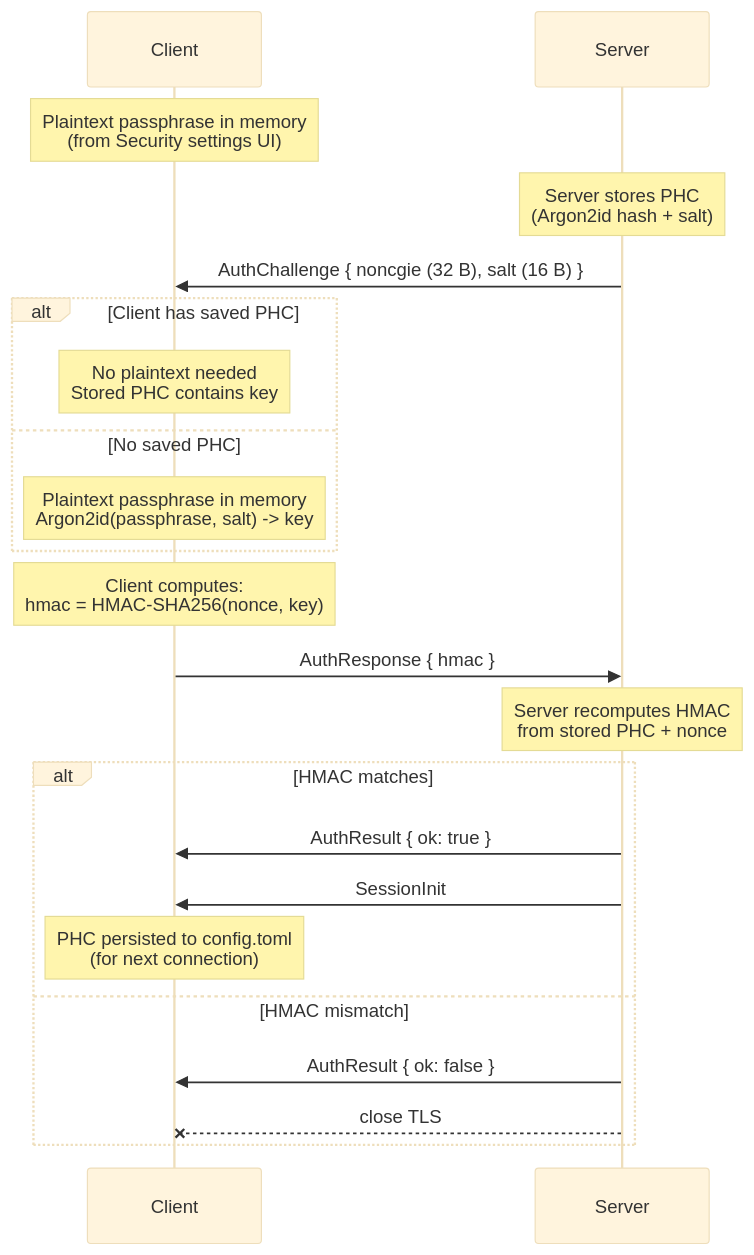
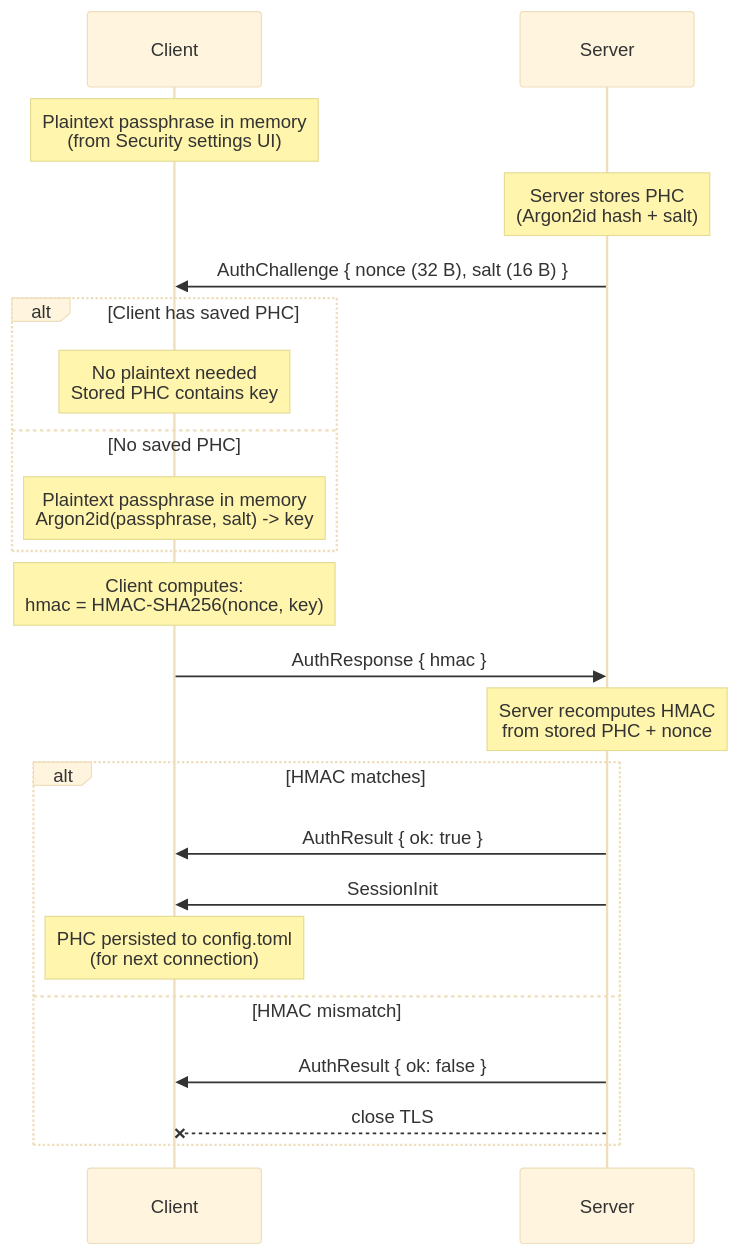
One commit to xfoa/Spud changed diagram 12 of 19 in docs/protocol.md. Above: the diagram before and after it, drawn with Mermaid (base theme). The commit also changed other lines of this file and 3 other files, not shown here.

````diff
--- a/docs/protocol.md
+++ b/docs/protocol.md
@@ -172,32 +172,32 @@
 ```mermaid
 sequenceDiagram
     participant C as Client
     participant S as Server
 
     Note over C: Plaintext passphrase in memory<br/>(from Security settings UI)
 
     Note over S: Server stores PHC<br/>(Argon2id hash + salt)
 
-    S->>C: AuthChallenge { noncgie (32 B), salt (16 B) }
+    S->>C: AuthChallenge { nonce (32 B), salt (16 B) }
 
     alt Client has saved PHC
         Note over C: No plaintext needed<br/>Stored PHC contains key
     else No saved PHC
         Note over C: Plaintext passphrase in memory<br/>Argon2id(passphrase, salt) -> key
     end
 
     Note over C: Client computes:<br/>hmac = HMAC-SHA256(nonce, key)
 
     C->>S: AuthResponse { hmac }
 
     Note over S: Server recomputes HMAC<br/>from stored PHC + nonce
 
     alt HMAC matches
         S->>C: AuthResult { ok: true }
         S->>C: SessionInit
         Note over C: PHC persisted to config.toml<br/>(for next connection)
     else HMAC mismatch
         S->>C: AuthResult { ok: false }
         S--xC: close TLS
     end
 ```
````
